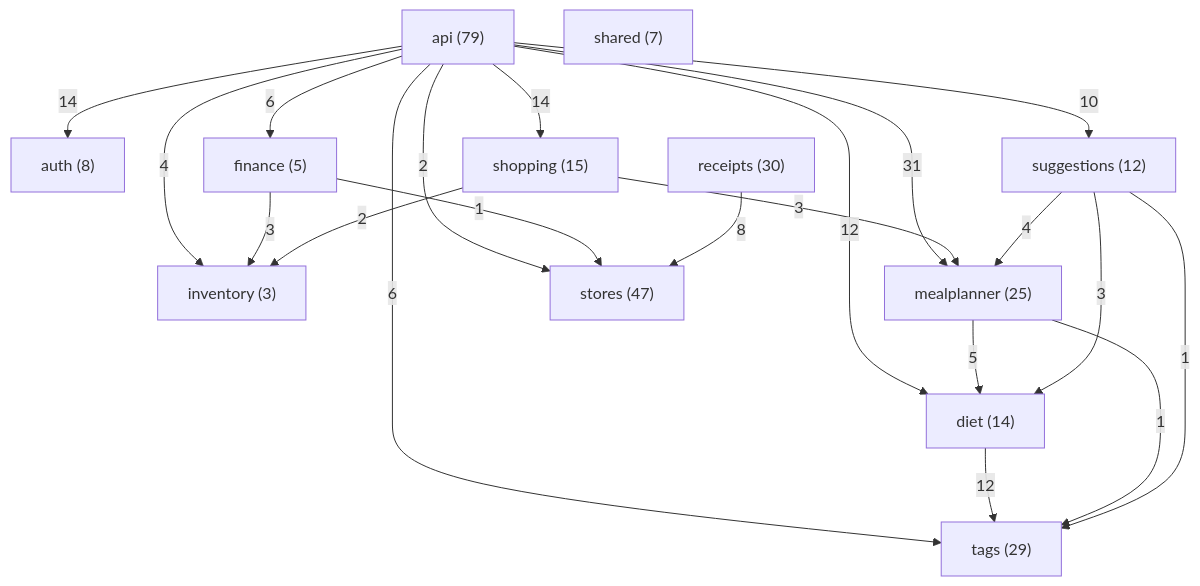
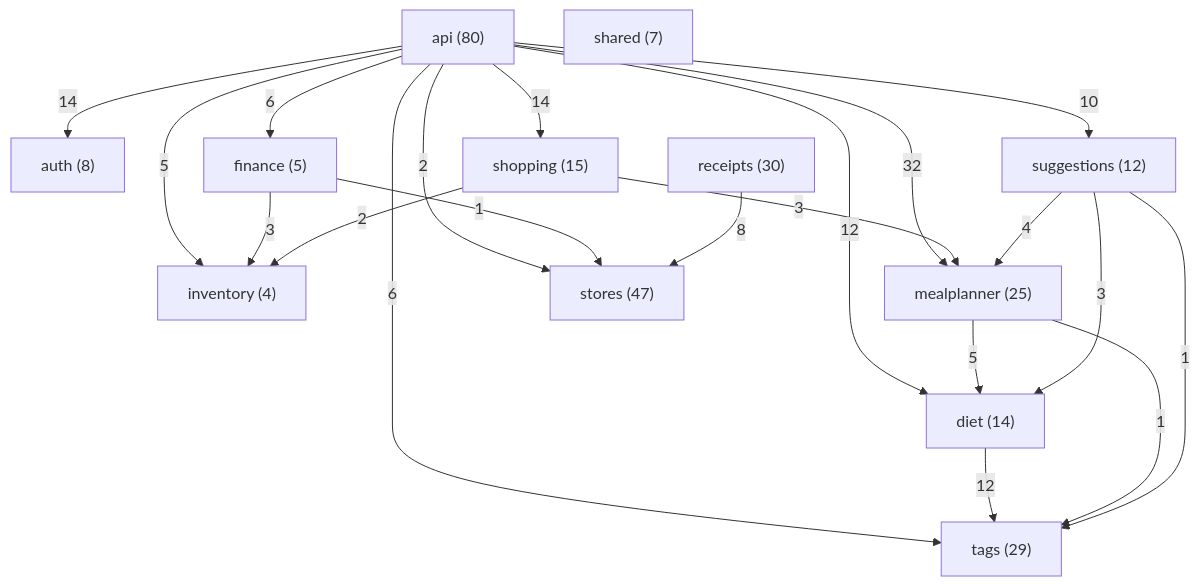
Before and after one commit to Nate-ryan-7690/dahaem: the diagram in docs/classes/README.md, drawn with Mermaid. The commit also changed other lines of this file and 6 other files, not shown here.

````diff
--- a/docs/classes/README.md
+++ b/docs/classes/README.md
@@ -9,35 +9,35 @@
 ```mermaid
 flowchart TD
-    api["api (79)"]
+    api["api (80)"]
     auth["auth (8)"]
     diet["diet (14)"]
     finance["finance (5)"]
-    inventory["inventory (3)"]
+    inventory["inventory (4)"]
     mealplanner["mealplanner (25)"]
     receipts["receipts (30)"]
     shared["shared (7)"]
     shopping["shopping (15)"]
     stores["stores (47)"]
     suggestions["suggestions (12)"]
     tags["tags (29)"]
     api -->|14| auth
     api -->|12| diet
     api -->|6| finance
-    api -->|4| inventory
-    api -->|31| mealplanner
+    api -->|5| inventory
+    api -->|32| mealplanner
     api -->|14| shopping
     api -->|2| stores
     api -->|10| suggestions
     api -->|6| tags
     diet -->|12| tags
     finance -->|3| inventory
     finance -->|1| stores
     mealplanner -->|5| diet
     mealplanner -->|1| tags
     receipts -->|8| stores
     shopping -->|2| inventory
     shopping -->|3| mealplanner
     suggestions -->|3| diet
     suggestions -->|4| mealplanner
     suggestions -->|1| tags
 ```
````
